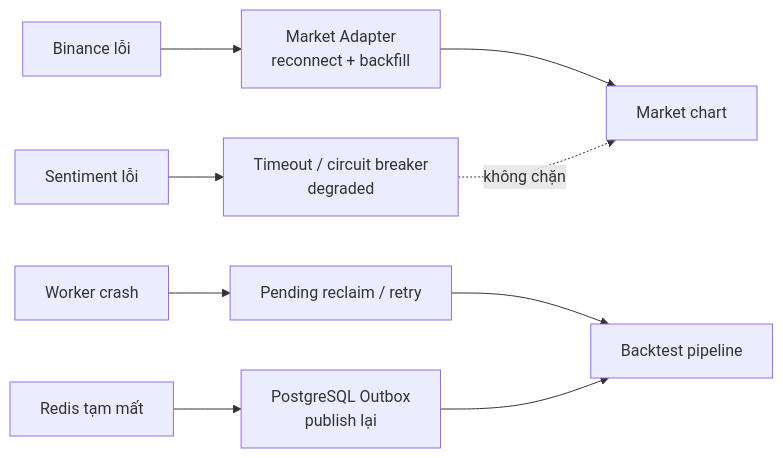
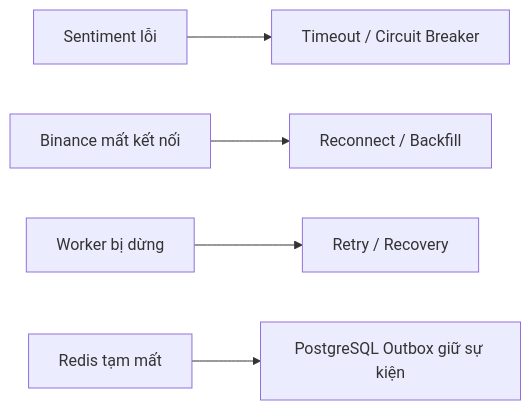
The diagram in docs/questions/8_failure_isolation/answer.md (PhamVanMinhBinhThuan/crypto-strategy-platform), drawn with Mermaid before and after one commit. The commit also changed other lines of this file and 3 other files, not shown here.

````diff
--- a/docs/questions/8_failure_isolation/answer.md
+++ b/docs/questions/8_failure_isolation/answer.md
@@ -9,11 +11,7 @@
 ```mermaid
 flowchart LR
-    BINANCE["Binance lỗi"] --> MARKET["Market Adapter\nreconnect + backfill"]
-    SENT["Sentiment lỗi"] --> CB["Timeout / circuit breaker\ndegraded"]
-    WORKER["Worker crash"] --> REC["Pending reclaim / retry"]
-    REDIS["Redis tạm mất"] --> OUTBOX["PostgreSQL Outbox\npublish lại"]
-    MARKET --> CHART["Market chart"]
-    CB -. "không chặn" .-> CHART
-    REC --> PIPE["Backtest pipeline"]
-    OUTBOX --> PIPE
+    SENT["Sentiment lỗi"] --> SREC["Timeout / Circuit Breaker"]
+    BINANCE["Binance mất kết nối"] --> MREC["Reconnect / Backfill"]
+    WORKER["Worker bị dừng"] --> WREC["Retry / Recovery"]
+    REDIS["Redis tạm mất"] --> RREC["PostgreSQL Outbox giữ sự kiện"]
 ```
````
